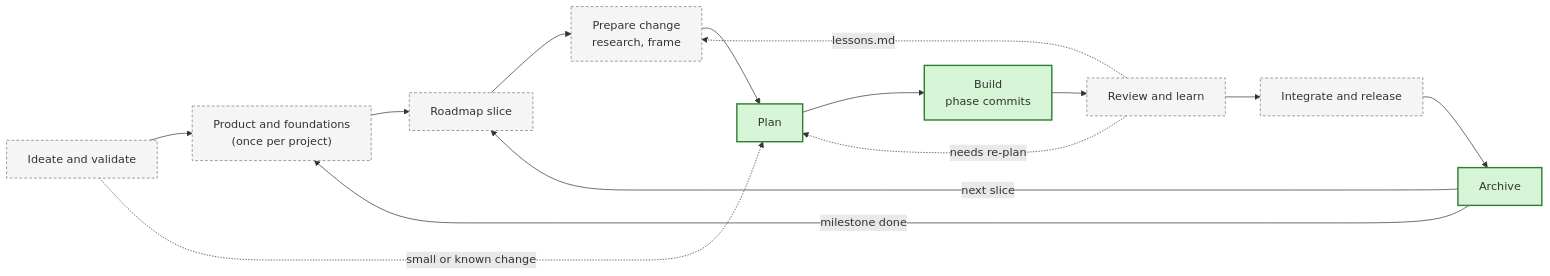
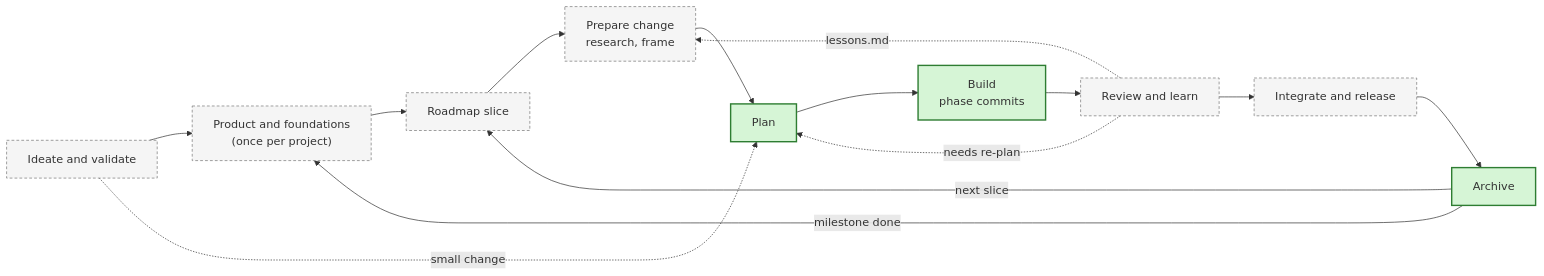
The first of 9 diagrams in docs/ADR/ADR-002-change-lifecycle-ideation-to-archive.md (xycu/agent-smith), drawn with Mermaid before and after one commit. The commit also changed other lines of this file, not shown here.

First line of the commit message:
docs(adr): split ADR-002 flow, add change origins

````diff
--- a/docs/ADR/ADR-002-change-lifecycle-ideation-to-archive.md
+++ b/docs/ADR/ADR-002-change-lifecycle-ideation-to-archive.md
@@ -134,21 +134,21 @@
 ```mermaid
 flowchart LR
     I["Ideate and validate"] --> P["Product and foundations<br/>(once per project)"]
     P --> R["Roadmap slice"]
     R --> C["Prepare change<br/>research, frame"]
     C --> PL["Plan"]
     PL --> B["Build<br/>phase commits"]
     B --> RV["Review and learn"]
     RV --> S["Integrate and release"]
     S --> A["Archive"]
     A -->|"next slice"| R
     A -->|"milestone done"| P
     RV -.->|"lessons.md"| C
     RV -.->|"needs re-plan"| PL
-    I -.->|"small or known change"| PL
+    I -.->|"small change"| PL
 
     classDef core fill:#d6f5d6,stroke:#2e7d32,stroke-width:2px
     classDef opt fill:#f5f5f5,stroke:#777,stroke-dasharray:4 3
     class PL,B,A core
     class I,P,R,C,RV,S opt
 ```
````
